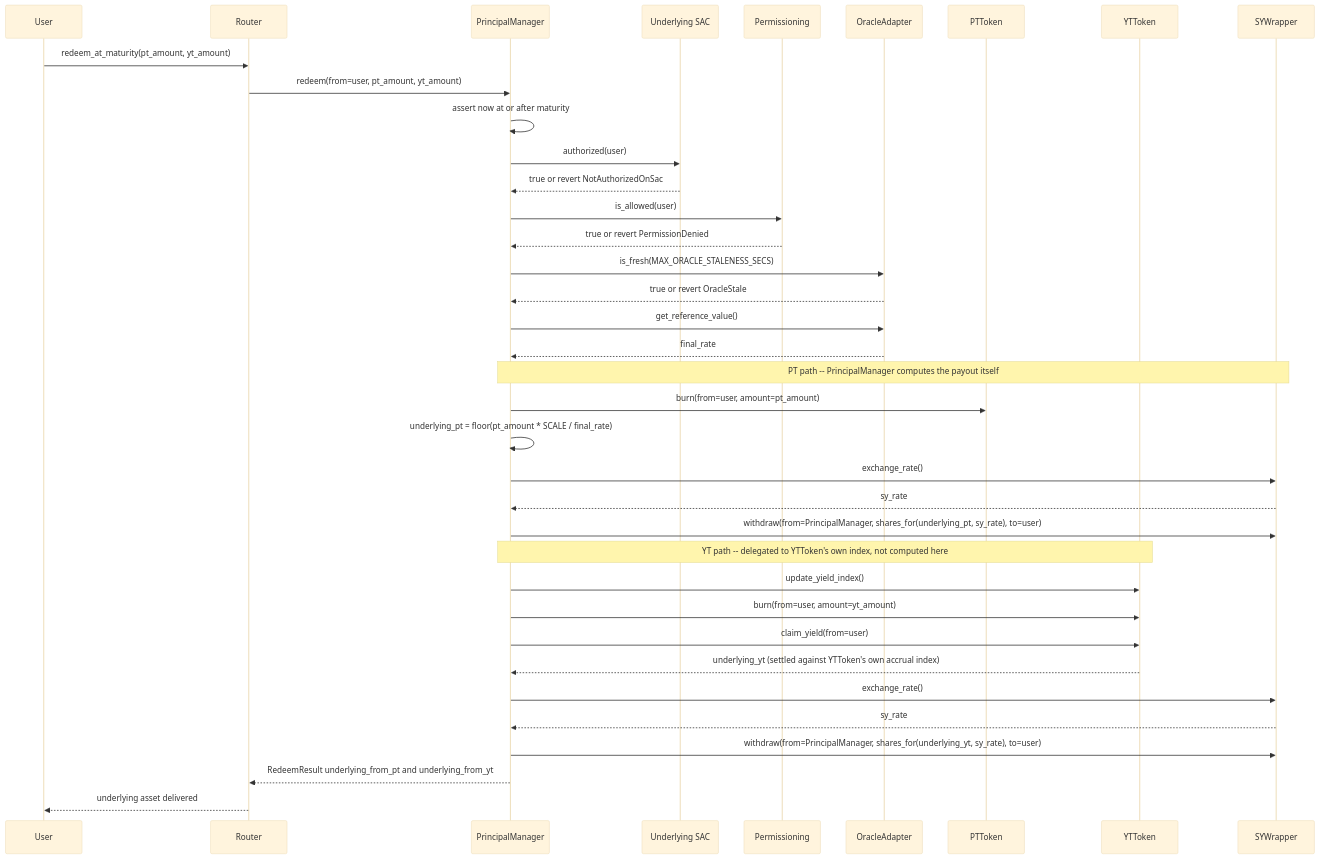
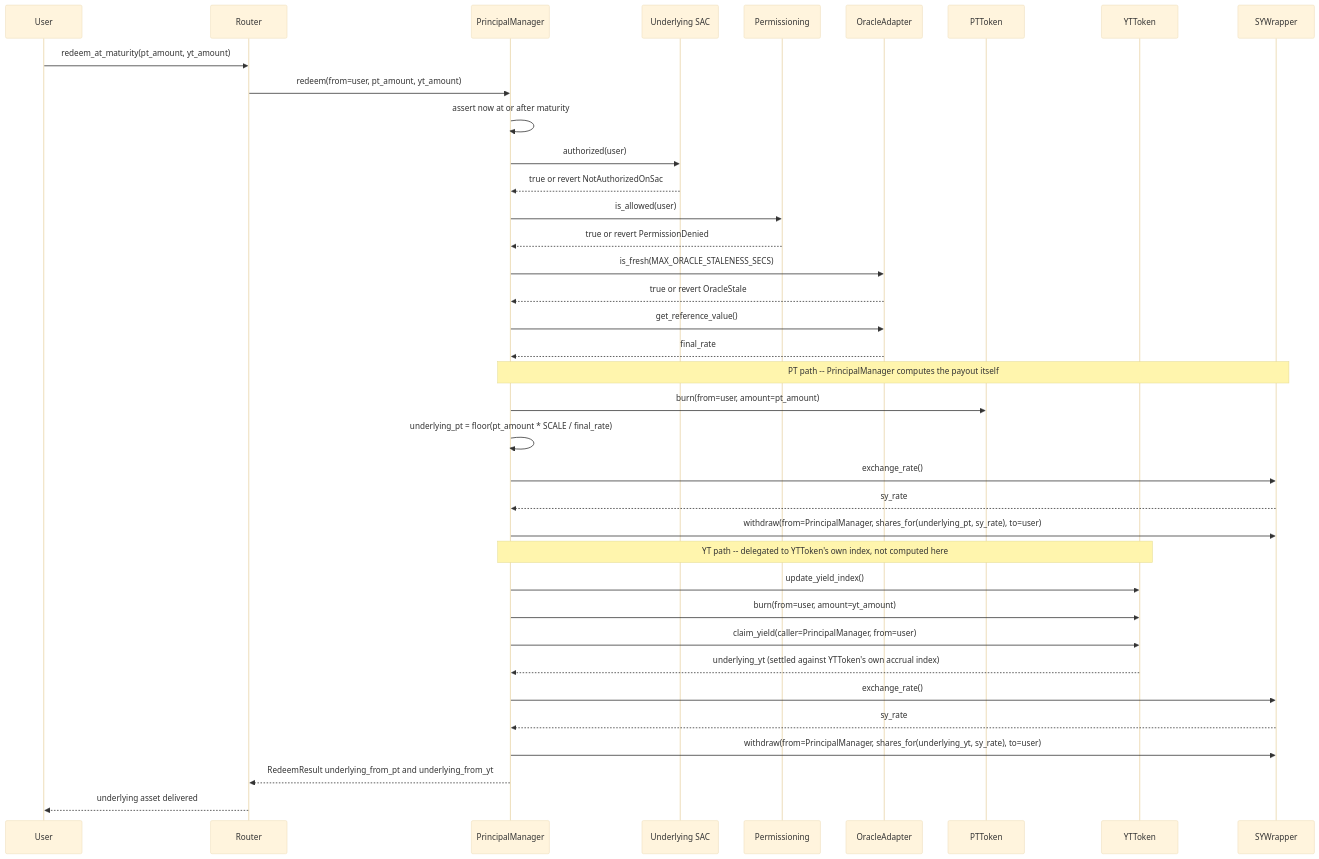
One commit to principal-Protocol-org/principal changed the fifth of 9 diagrams in ARCHITECTURE.md. Above: the diagram before and after it, drawn with Mermaid (base theme). The commit also changed other lines of this file and 5 other files, not shown here.

````diff
--- a/ARCHITECTURE.md
+++ b/ARCHITECTURE.md
@@ -239,40 +242,40 @@
 ```mermaid
 sequenceDiagram
     participant U as User
     participant RT as Router
     participant PM as PrincipalManager
     participant UND as Underlying SAC
     participant PERM as Permissioning
     participant OA as OracleAdapter
     participant PT as PTToken
     participant YT as YTToken
     participant SYW as SYWrapper
 
     U->>RT: redeem_at_maturity(pt_amount, yt_amount)
     RT->>PM: redeem(from=user, pt_amount, yt_amount)
     PM->>PM: assert now at or after maturity
     PM->>UND: authorized(user)
     UND-->>PM: true or revert NotAuthorizedOnSac
     PM->>PERM: is_allowed(user)
     PERM-->>PM: true or revert PermissionDenied
     PM->>OA: is_fresh(MAX_ORACLE_STALENESS_SECS)
     OA-->>PM: true or revert OracleStale
     PM->>OA: get_reference_value()
     OA-->>PM: final_rate
     Note over PM,SYW: PT path -- PrincipalManager computes the payout itself
     PM->>PT: burn(from=user, amount=pt_amount)
     PM->>PM: underlying_pt = floor(pt_amount * SCALE / final_rate)
     PM->>SYW: exchange_rate()
     SYW-->>PM: sy_rate
     PM->>SYW: withdraw(from=PrincipalManager, shares_for(underlying_pt, sy_rate), to=user)
     Note over PM,YT: YT path -- delegated to YTToken's own index, not computed here
     PM->>YT: update_yield_index()
     PM->>YT: burn(from=user, amount=yt_amount)
-    PM->>YT: claim_yield(from=user)
+    PM->>YT: claim_yield(caller=PrincipalManager, from=user)
     YT-->>PM: underlying_yt (settled against YTToken's own accrual index)
     PM->>SYW: exchange_rate()
     SYW-->>PM: sy_rate
     PM->>SYW: withdraw(from=PrincipalManager, shares_for(underlying_yt, sy_rate), to=user)
     PM-->>RT: RedeemResult underlying_from_pt and underlying_from_yt
     RT-->>U: underlying asset delivered
 ```
````
